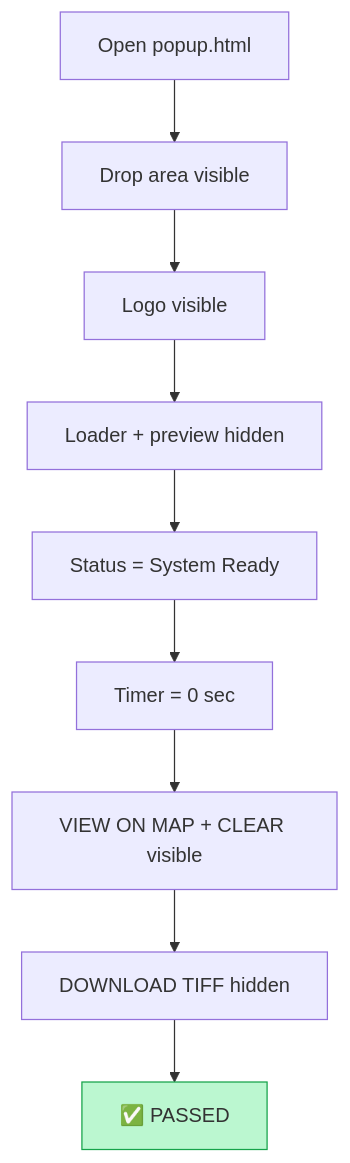
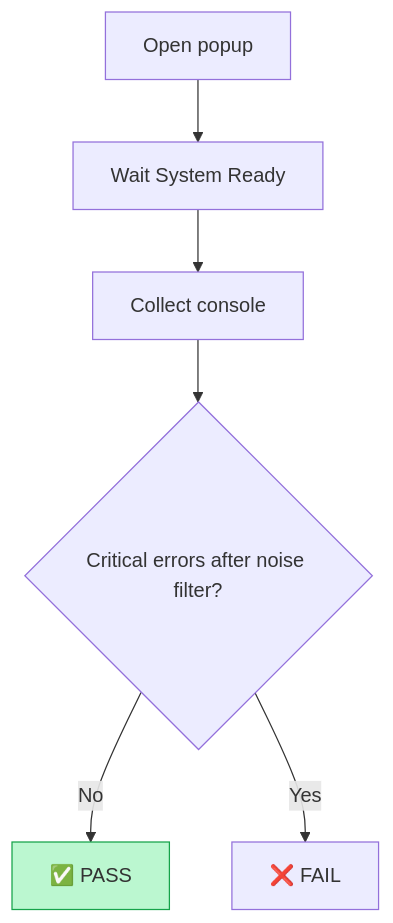
Before and after one commit to GeoWGS84-Testing/Mrsid-Extension: the sixth of 44 diagrams in README.md, drawn with Mermaid. The commit also changed other lines of this file, not shown here.

````diff
--- a/README.md
+++ b/README.md
@@ -177,13 +317,10 @@
 ```mermaid
 flowchart TD
-  A[Open popup.html] --> B[Drop area visible]
-  B --> C[Logo visible]
-  C --> D[Loader + preview hidden]
-  D --> E[Status = System Ready]
-  E --> F[Timer = 0 sec]
-  F --> G[VIEW ON MAP + CLEAR visible]
-  G --> H[DOWNLOAD TIFF hidden]
-  H --> I[✅ PASSED]
+  A[Open popup] --> B[Wait System Ready]
+  B --> C[Collect console]
+  C --> D{Critical errors after noise filter?}
+  D -->|No| P[✅ PASS]
+  D -->|Yes| X[❌ FAIL]
 
-  style I fill:#bbf7d0,stroke:#16a34a
+  style P fill:#bbf7d0,stroke:#16a34a
 ```
````
